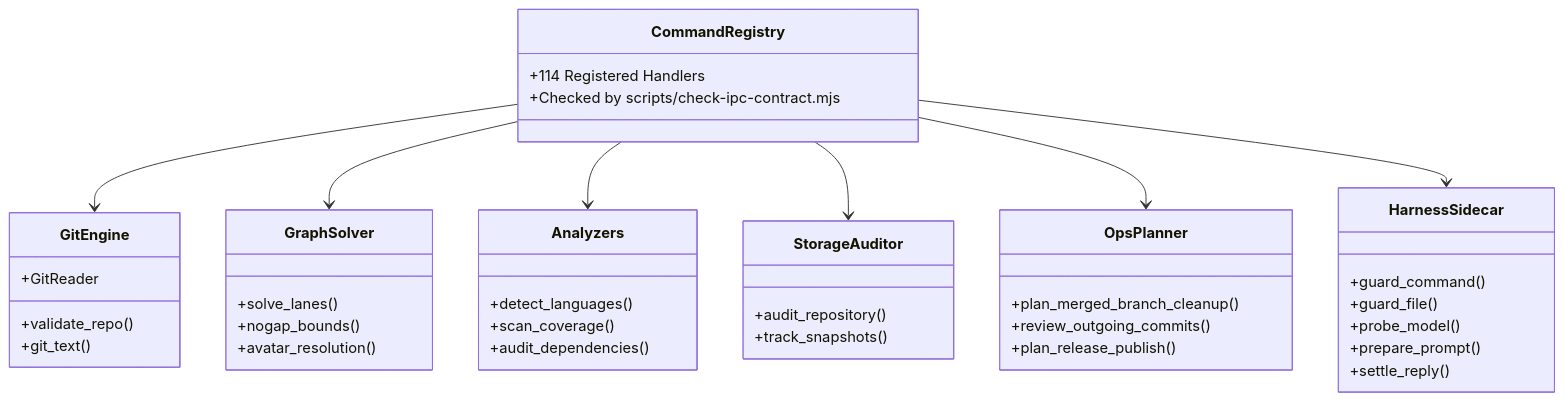
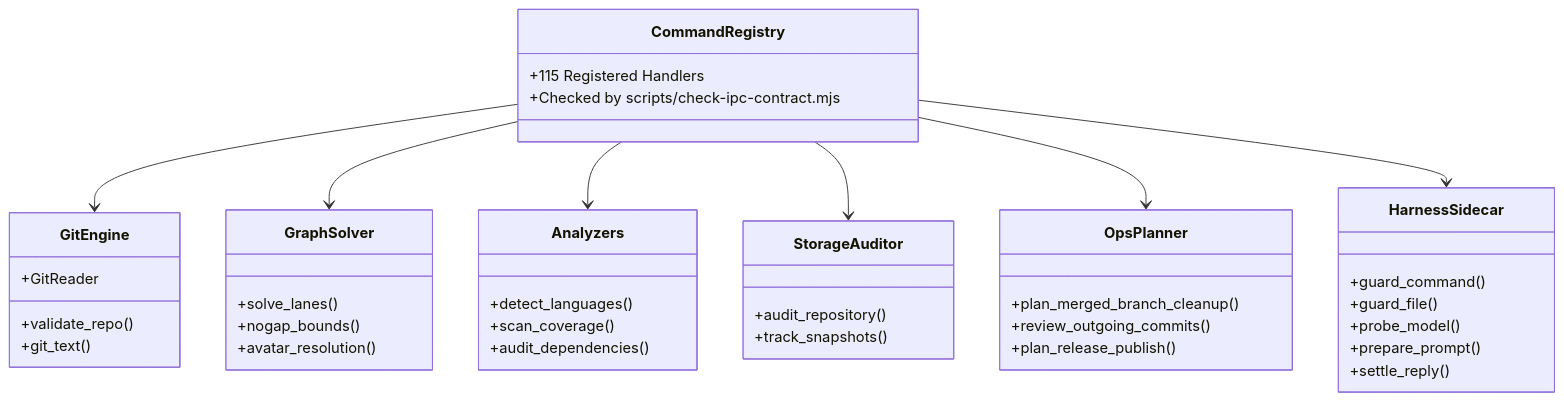
The third of 4 diagrams in docs/ARCHITECTURE.md (bharathvbcr/GitPulse), drawn with Mermaid before and after one commit. The commit also changed other lines of this file and 13 other files, not shown here.

````diff
--- a/docs/ARCHITECTURE.md
+++ b/docs/ARCHITECTURE.md
@@ -96,45 +96,45 @@
 ```mermaid
 classDiagram
     class CommandRegistry {
-        +114 Registered Handlers
+        +115 Registered Handlers
         +Checked by scripts/check-ipc-contract.mjs
     }
     class GitEngine {
         +validate_repo()
         +git_text()
         +GitReader
     }
     class GraphSolver {
         +solve_lanes()
         +nogap_bounds()
         +avatar_resolution()
     }
     class Analyzers {
         +detect_languages()
         +scan_coverage()
         +audit_dependencies()
     }
     class StorageAuditor {
         +audit_repository()
         +track_snapshots()
     }
     class OpsPlanner {
         +plan_merged_branch_cleanup()
         +review_outgoing_commits()
         +plan_release_publish()
     }
     class HarnessSidecar {
         +guard_command()
         +guard_file()
         +probe_model()
         +prepare_prompt()
         +settle_reply()
     }
 
     CommandRegistry --> GitEngine
     CommandRegistry --> GraphSolver
     CommandRegistry --> Analyzers
     CommandRegistry --> StorageAuditor
     CommandRegistry --> OpsPlanner
     CommandRegistry --> HarnessSidecar
 ```
````
